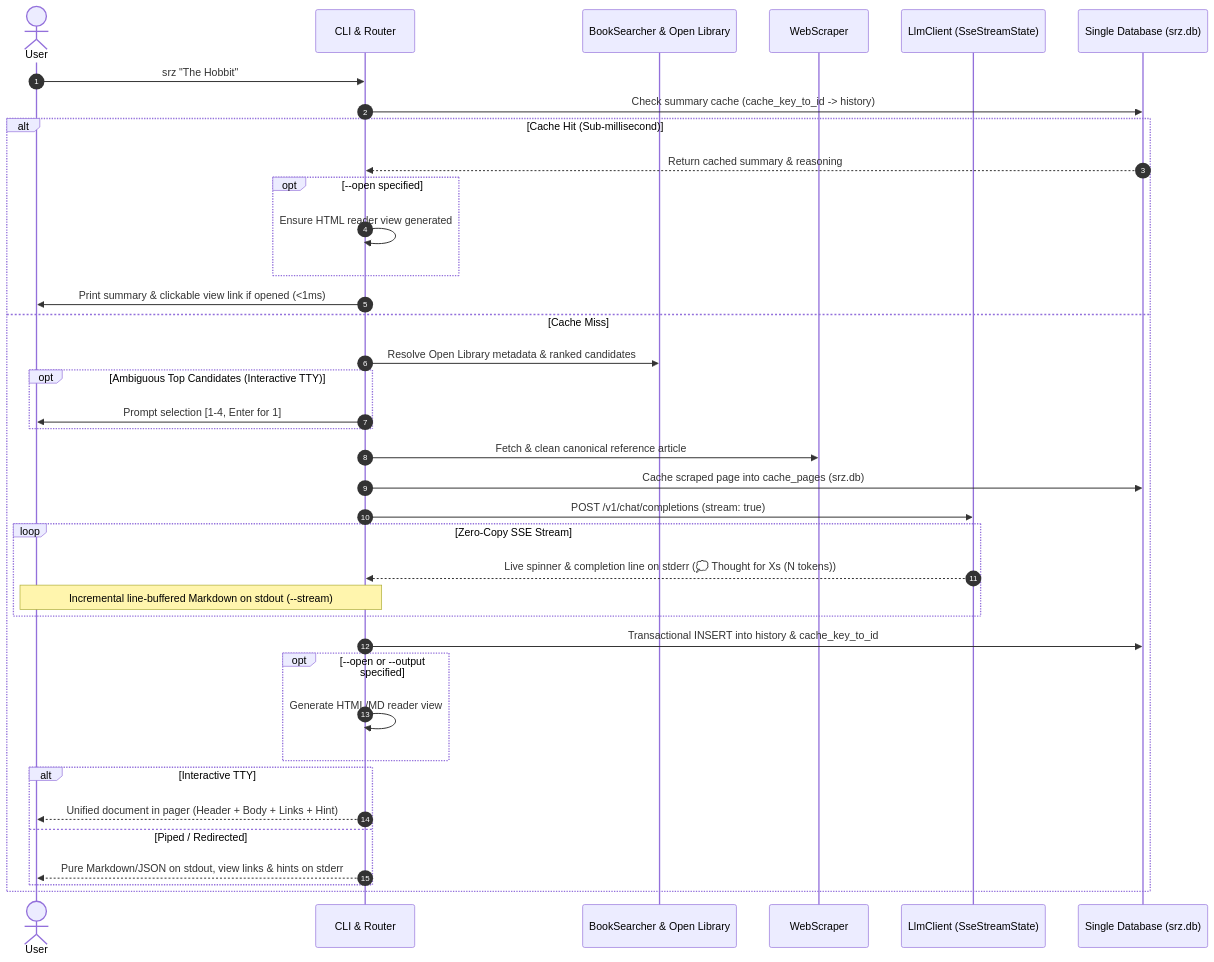
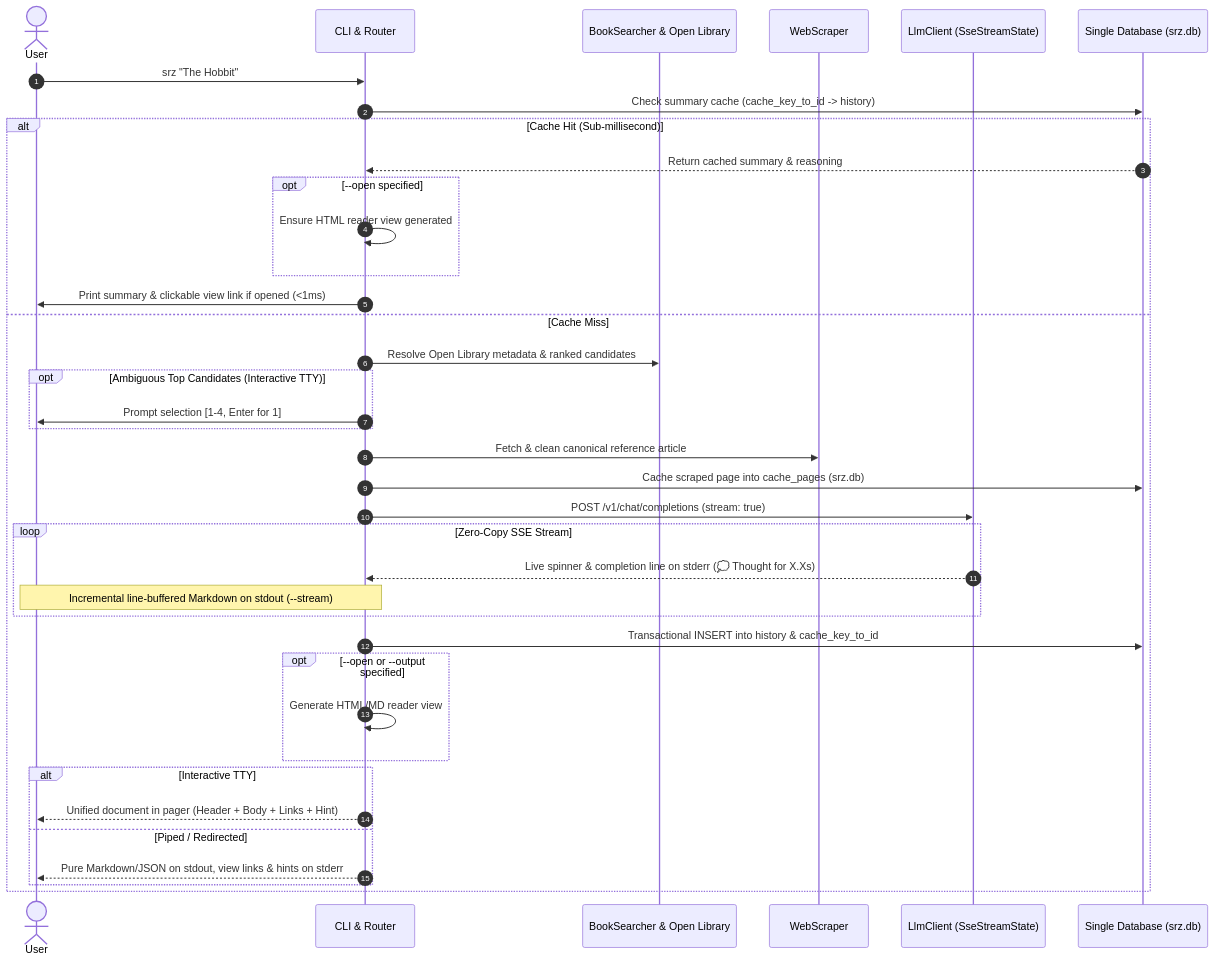
The second of 4 diagrams in docs/src/architecture.md (NewGuy012/srz), drawn with Mermaid before and after one commit. The commit also changed other lines of this file and 1 other file, not shown here.

Commit message:
docs: update thinking spinner and summary format descriptions

````diff
--- a/docs/src/architecture.md
+++ b/docs/src/architecture.md
@@ -131,41 +131,41 @@
 ```mermaid
 sequenceDiagram
     autonumber
     actor User
     participant CLI as CLI & Router
     participant Search as BookSearcher & Open Library
     participant Scraper as WebScraper
     participant LLM as LlmClient (SseStreamState)
     participant DB as Single Database (srz.db)
 
     User->>CLI: srz "The Hobbit"
     CLI->>DB: Check summary cache (cache_key_to_id -> history)
     alt Cache Hit (Sub-millisecond)
         DB-->>CLI: Return cached summary & reasoning
         opt --open specified
             CLI->>CLI: Ensure HTML reader view generated
         end
         CLI->>User: Print summary & clickable view link if opened (<1ms)
     else Cache Miss
         CLI->>Search: Resolve Open Library metadata & ranked candidates
         opt Ambiguous Top Candidates (Interactive TTY)
             CLI->>User: Prompt selection [1-4, Enter for 1]
         end
         CLI->>Scraper: Fetch & clean canonical reference article
         CLI->>DB: Cache scraped page into cache_pages (srz.db)
         CLI->>LLM: POST /v1/chat/completions (stream: true)
         loop Zero-Copy SSE Stream
-            LLM-->>CLI: Live spinner & completion line on stderr (💭 Thought for Xs (N tokens))
+            LLM-->>CLI: Live spinner & completion line on stderr (💭 Thought for X.Xs)
             Note over CLI,User: Incremental line-buffered Markdown on stdout (--stream)
         end
         CLI->>DB: Transactional INSERT into history & cache_key_to_id
         opt --open or --output specified
             CLI->>CLI: Generate HTML/MD reader view
         end
         alt Interactive TTY
             CLI-->>User: Unified document in pager (Header + Body + Links + Hint)
         else Piped / Redirected
             CLI-->>User: Pure Markdown/JSON on stdout, view links & hints on stderr
         end
     end
 ```
````
